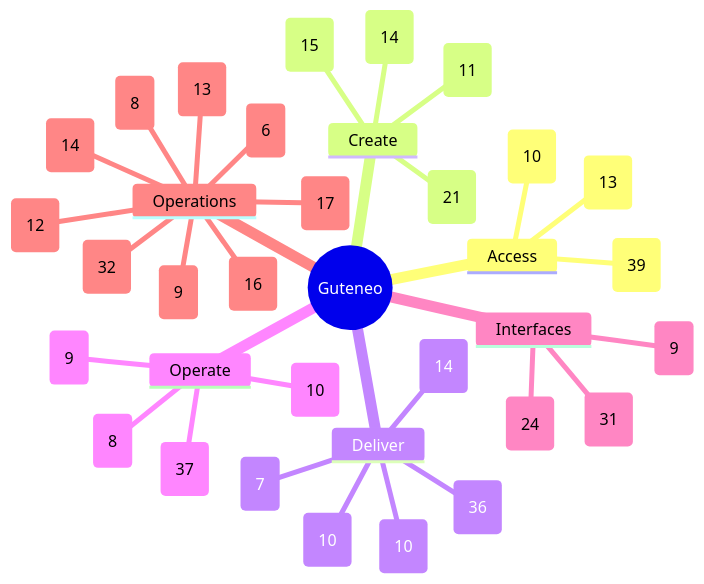
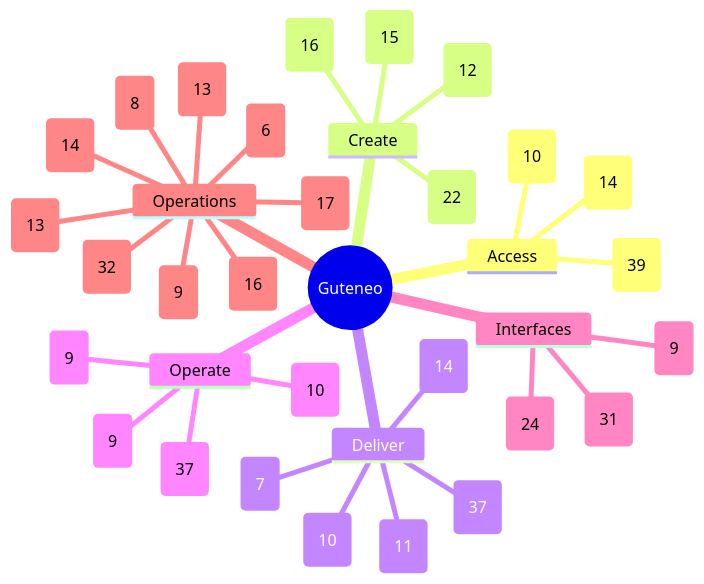
Before and after one commit to nclsppr/guteneo: the diagram in docs/FEATURE_MAP.md, drawn with Mermaid. The commit also changed other lines of this file and 139 other files, not shown here.

````diff
--- a/docs/FEATURE_MAP.md
+++ b/docs/FEATURE_MAP.md
@@ -13,38 +13,38 @@
 ```mermaid
 mindmap
   root((Guteneo))
     Access
       Access and identity (39)
       Team and responsibilities (10)
-      Workspace administration and reports (13)
+      Workspace administration and reports (14)
     Create
-      Documents and protection (21)
-      Template studio (14)
-      Data and mappings (11)
-      PDF generation and distribution (15)
+      Documents and protection (22)
+      Template studio (15)
+      Data and mappings (12)
+      PDF generation and distribution (16)
     Deliver
       Fax (10)
-      Postal mail (10)
+      Postal mail (11)
       Email and protected links (14)
-      Sensitive distribution and personal documents (36)
+      Sensitive distribution and personal documents (37)
       Dispatch dry run (7)
     Operate
-      Campaigns and tracking (8)
+      Campaigns and tracking (9)
       Credits and billing (9)
       Workspace layout and browser appearance (37)
       PDF verification (10)
     Interfaces
       Assistants and API (31)
       iPhone and iPad (9)
       Public pages, languages and appearance (24)
     Operations
       Reviewer OAuth qualification (9)
       Operations and reliability (32)
       Belvédère platform oversight (14)
       Public service status (16)
-      Engineering documentation (12)
+      Engineering documentation (13)
       Codex Cloud development (8)
       Continuous reviewer preparation (6)
       Automatic fax tariff maintenance (13)
       Consumed provider freshness and preventive deadline actions (17)
 ```
````
